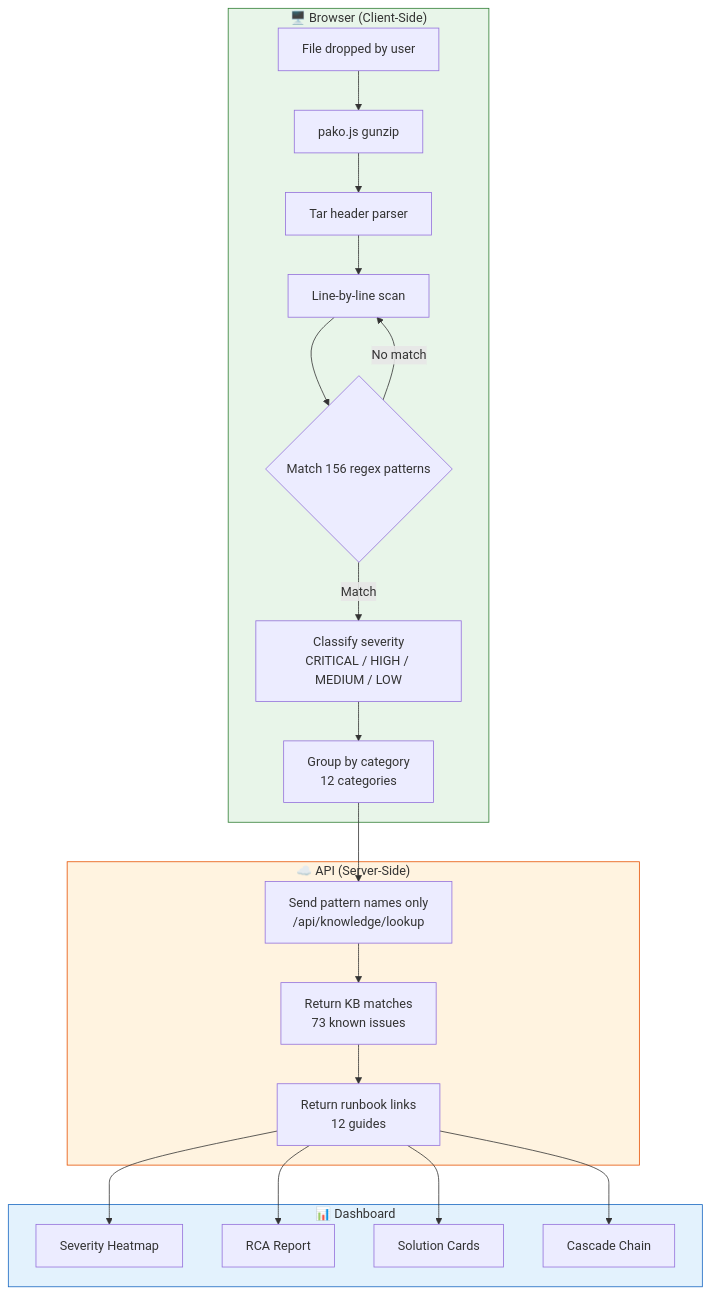
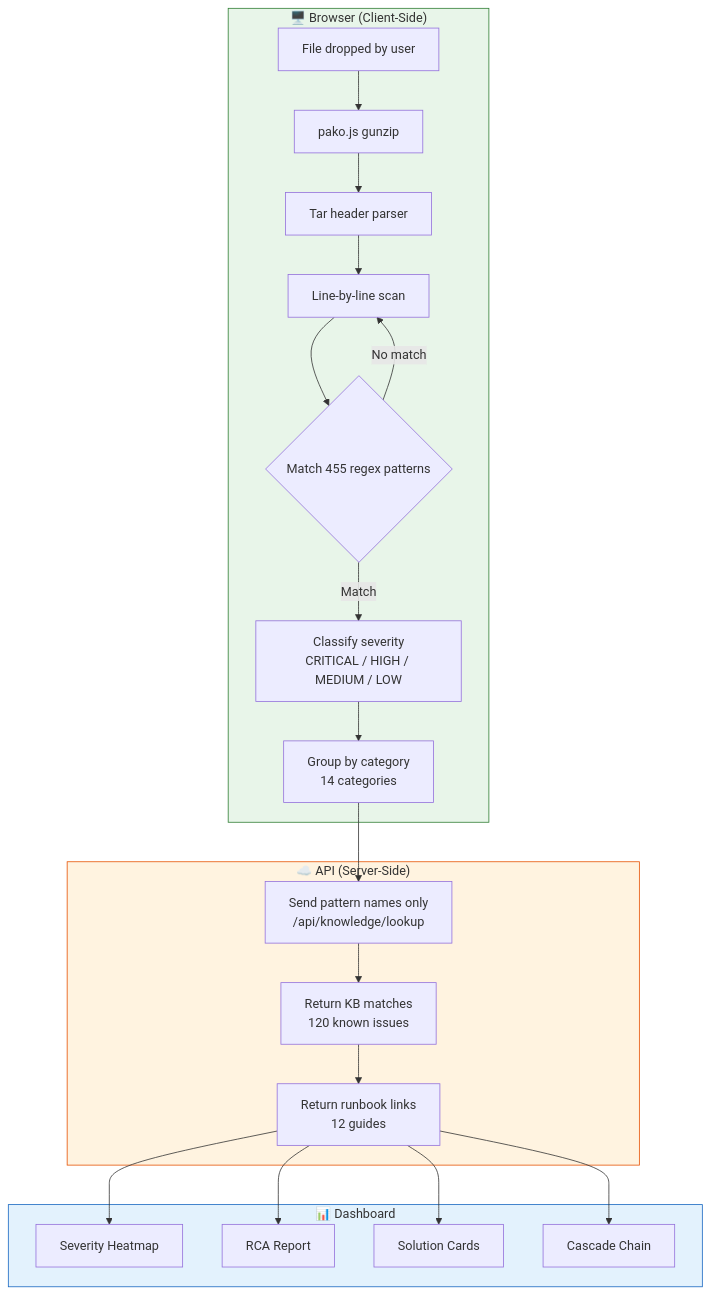
Before and after one commit to yadakrishna245/Log_analysis: the second of 15 diagrams in README.md, drawn with Mermaid. The commit also changed other lines of this file, not shown here.

Commit message:
docs: Update README - 455 patterns, 120 issues, 14 categories, Docker section, proper folder structure

````diff
--- a/README.md
+++ b/README.md
@@ -102,29 +102,29 @@
 ```mermaid
 flowchart TD
     subgraph BROWSER["🖥️ Browser (Client-Side)"]
         A1[File dropped by user] --> A2[pako.js gunzip]
         A2 --> A3[Tar header parser]
         A3 --> A4[Line-by-line scan]
-        A4 --> A5{Match 156 regex patterns}
+        A4 --> A5{Match 455 regex patterns}
         A5 -->|Match| A6[Classify severity<br/>CRITICAL / HIGH / MEDIUM / LOW]
         A5 -->|No match| A4
-        A6 --> A7[Group by category<br/>12 categories]
+        A6 --> A7[Group by category<br/>14 categories]
     end
 
     subgraph API["☁️ API (Server-Side)"]
         A7 --> B1[Send pattern names only<br/>/api/knowledge/lookup]
-        B1 --> B2[Return KB matches<br/>73 known issues]
+        B1 --> B2[Return KB matches<br/>120 known issues]
         B2 --> B3[Return runbook links<br/>12 guides]
     end
 
     subgraph DISPLAY["📊 Dashboard"]
         B3 --> C1[Severity Heatmap]
         B3 --> C2[RCA Report]
         B3 --> C3[Solution Cards]
         B3 --> C4[Cascade Chain]
     end
 
     style BROWSER fill:#e8f5e9,stroke:#2e7d32
     style API fill:#fff3e0,stroke:#e65100
     style DISPLAY fill:#e3f2fd,stroke:#1565c0
 ```
````
